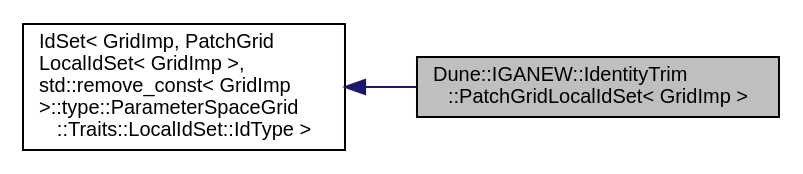
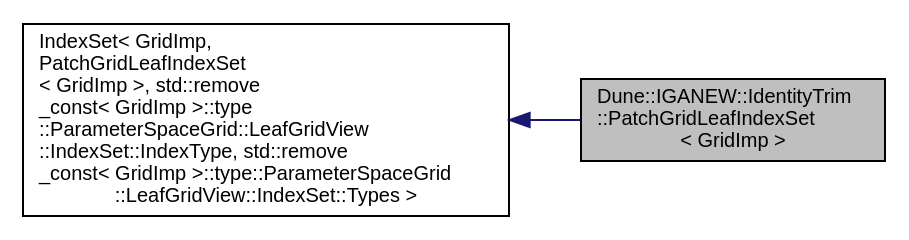
Before and after one commit to rath3t/dune-iga-doc: the diagram in d5/d75/a01605.dot, drawn with Graphviz. The commit also changed 876 other files, not shown here.

```diff
--- a/d5/d75/a01605.dot
+++ b/d5/d75/a01605.dot
@@ -1,10 +1,10 @@
-digraph "Dune::IGANEW::IdentityTrim::PatchGridLocalIdSet&lt; GridImp &gt;"
+digraph "Dune::IGANEW::IdentityTrim::PatchGridLeafIndexSet&lt; GridImp &gt;"
 {
  // LATEX_PDF_SIZE
   edge [fontname="Helvetica",fontsize="10",labelfontname="Helvetica",labelfontsize="10"];
   node [fontname="Helvetica",fontsize="10",shape=record];
   rankdir="LR";
-  Node1 [label="Dune::IGANEW::IdentityTrim\l::PatchGridLocalIdSet\< GridImp \>",height=0.2,width=0.4,color="black", fillcolor="grey75", style="filled", fontcolor="black",tooltip=" "];
+  Node1 [label="Dune::IGANEW::IdentityTrim\l::PatchGridLeafIndexSet\l\< GridImp \>",height=0.2,width=0.4,color="black", fillcolor="grey75", style="filled", fontcolor="black",tooltip=" "];
   Node2 -> Node1 [dir="back",color="midnightblue",fontsize="10",style="solid",fontname="Helvetica"];
-  Node2 [label="IdSet\< GridImp, PatchGrid\lLocalIdSet\< GridImp \>,\l std::remove_const\< GridImp\l \>::type::ParameterSpaceGrid\l::Traits::LocalIdSet::IdType \>",height=0.2,width=0.4,color="black", fillcolor="white", style="filled",tooltip=" "];
+  Node2 [label="IndexSet\< GridImp,\l PatchGridLeafIndexSet\l\< GridImp \>, std::remove\l_const\< GridImp \>::type\l::ParameterSpaceGrid::LeafGridView\l::IndexSet::IndexType, std::remove\l_const\< GridImp \>::type::ParameterSpaceGrid\l::LeafGridView::IndexSet::Types \>",height=0.2,width=0.4,color="black", fillcolor="white", style="filled",tooltip=" "];
 }
```
